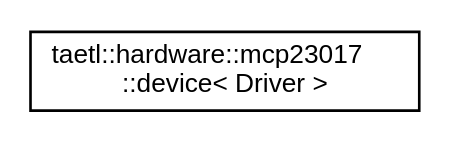
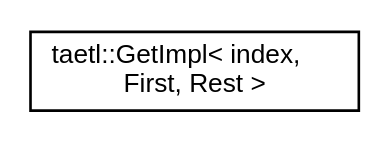
One commit to tobanteAudio/taetl changed the diagram in inherit_graph_15.dot. Above: the diagram before and after it, drawn with Graphviz. The commit also changed 113 other files, not shown here.

```diff
--- a/inherit_graph_15.dot
+++ b/inherit_graph_15.dot
@@ -1,7 +1,7 @@
 digraph "Graphical Class Hierarchy"
 {
   edge [fontname="Helvetica",fontsize="10",labelfontname="Helvetica",labelfontsize="10"];
   node [fontname="Helvetica",fontsize="10",shape=record];
   rankdir="LR";
-  Node0 [label="taetl::hardware::mcp23017\l::device\< Driver \>",height=0.2,width=0.4,color="black", fillcolor="white", style="filled",URL="$classtaetl_1_1hardware_1_1mcp23017_1_1device.html"];
+  Node0 [label="taetl::GetImpl\< index,\l First, Rest \>",height=0.2,width=0.4,color="black", fillcolor="white", style="filled",URL="$structtaetl_1_1GetImpl.html"];
 }
```
